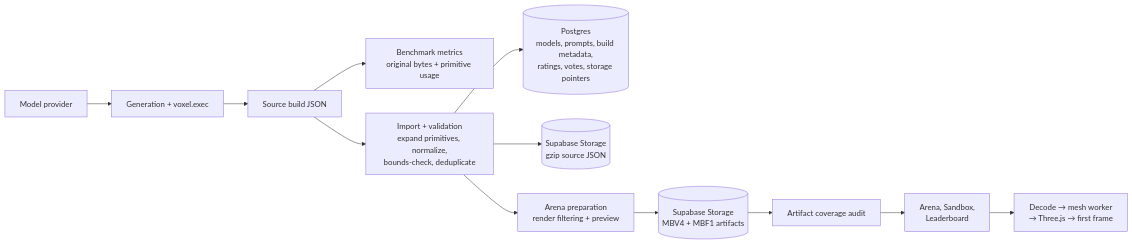
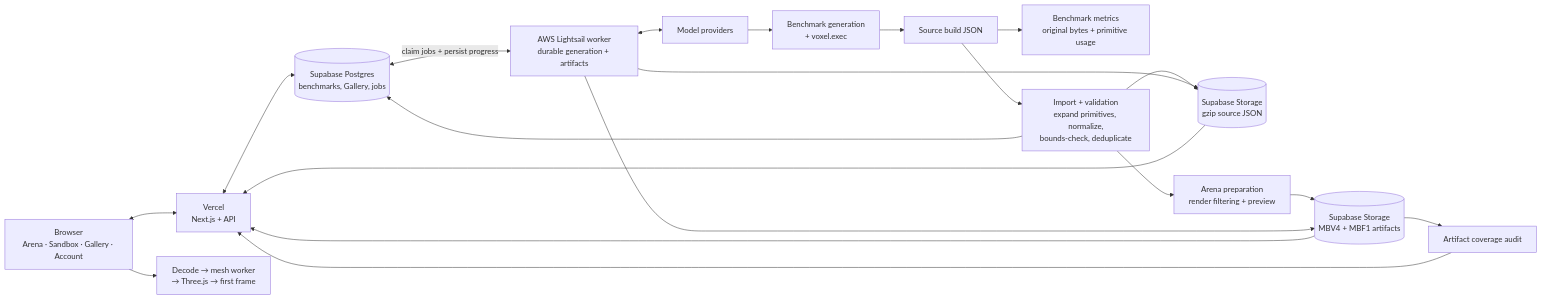
Before and after one commit to Ammaar-Alam/minebench: the first of 4 diagrams in docs/architecture.md, drawn with Mermaid. The commit also changed other lines of this file and 46 other files, not shown here.

````diff
--- a/docs/architecture.md
+++ b/docs/architecture.md
@@ -9,16 +9,27 @@
 ```mermaid
 flowchart LR
-    MODEL["Model provider"] --> GEN["Generation + voxel.exec"]
+    BROWSER["Browser<br/>Arena · Sandbox · Gallery · Account"] <--> WEB["Vercel<br/>Next.js + API"]
+    WEB <--> DB[("Supabase Postgres<br/>benchmarks, Gallery, jobs")]
+
+    MODEL["Model providers"] --> GEN["Benchmark generation<br/>+ voxel.exec"]
     GEN --> SOURCE["Source build JSON"]
 
     SOURCE --> METRICS["Benchmark metrics<br/>original bytes + primitive usage"]
     SOURCE --> IMPORT["Import + validation<br/>expand primitives, normalize,<br/>bounds-check, deduplicate"]
 
-    IMPORT --> DB[("Postgres<br/>models, prompts, build metadata,<br/>ratings, votes, storage pointers")]
     IMPORT --> RAW[("Supabase Storage<br/>gzip source JSON")]
+    IMPORT --> DB
     IMPORT --> PREP["Arena preparation<br/>render filtering + preview"]
     PREP --> ARTIFACTS[("Supabase Storage<br/>MBV4 + MBF1 artifacts")]
     ARTIFACTS --> COVERAGE["Artifact coverage audit"]
-    COVERAGE --> ARENA["Arena, Sandbox,<br/>Leaderboard"]
-    ARENA --> VIEWER["Decode → mesh worker<br/>→ Three.js → first frame"]
+    COVERAGE --> WEB
+
+    DB <-->|claim jobs + persist progress| WORKER["AWS Lightsail worker<br/>durable generation + artifacts"]
+    WORKER <--> MODEL
+    WORKER --> RAW
+    WORKER --> ARTIFACTS
+
+    RAW --> WEB
+    ARTIFACTS --> WEB
+    BROWSER --> VIEWER["Decode → mesh worker<br/>→ Three.js → first frame"]
 ```
````
